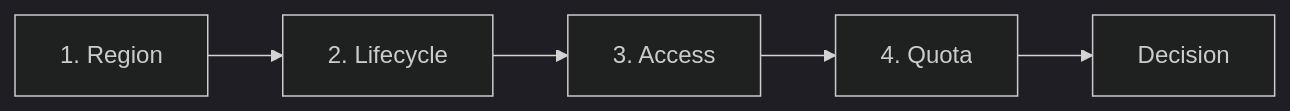
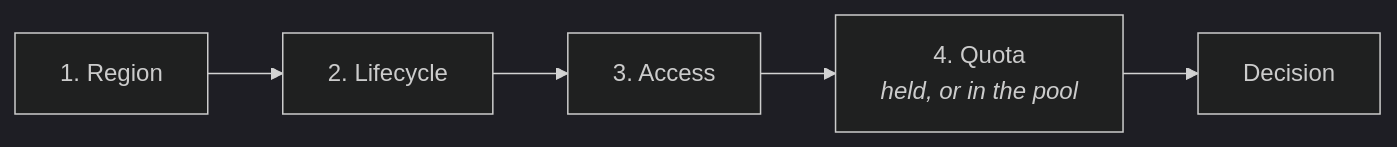
The second of 2 diagrams in docs/GUIDE.md (chrislittle/azure-placement-engine), drawn with Mermaid (dark theme) before and after one commit. The commit also changed other lines of this file and 3 other files, not shown here.

First line of the commit message:
Put the quota group in the diagrams, marked as pending

````diff
--- a/docs/GUIDE.md
+++ b/docs/GUIDE.md
@@ -927,4 +939,4 @@
 ```mermaid
 flowchart LR
-    A[1. Region] --> B[2. Lifecycle] --> C[3. Access] --> D[4. Quota] --> E[Decision]
+    A[1. Region] --> B[2. Lifecycle] --> C[3. Access] --> D["4. Quota<br/><i>held, or in the pool</i>"] --> E[Decision]
 ```
````
